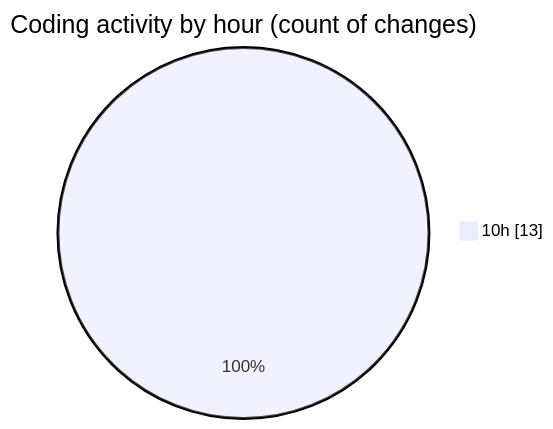
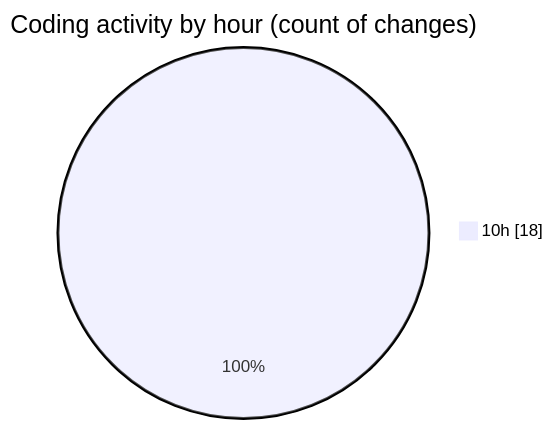
One commit to igalym/code-tracking changed the second of 2 diagrams in 2026-01-06/budget_front_nest/README.md. Above: the diagram before and after it, drawn with Mermaid. The commit also changed other lines of this file and 1 other file, not shown here.

````diff
--- a/2026-01-06/budget_front_nest/README.md
+++ b/2026-01-06/budget_front_nest/README.md
@@ -34,5 +34,5 @@
 ```mermaid
 pie showData
 title Coding activity by hour (count of changes)
-"10h" : 13
+"10h" : 18
 ```
````
